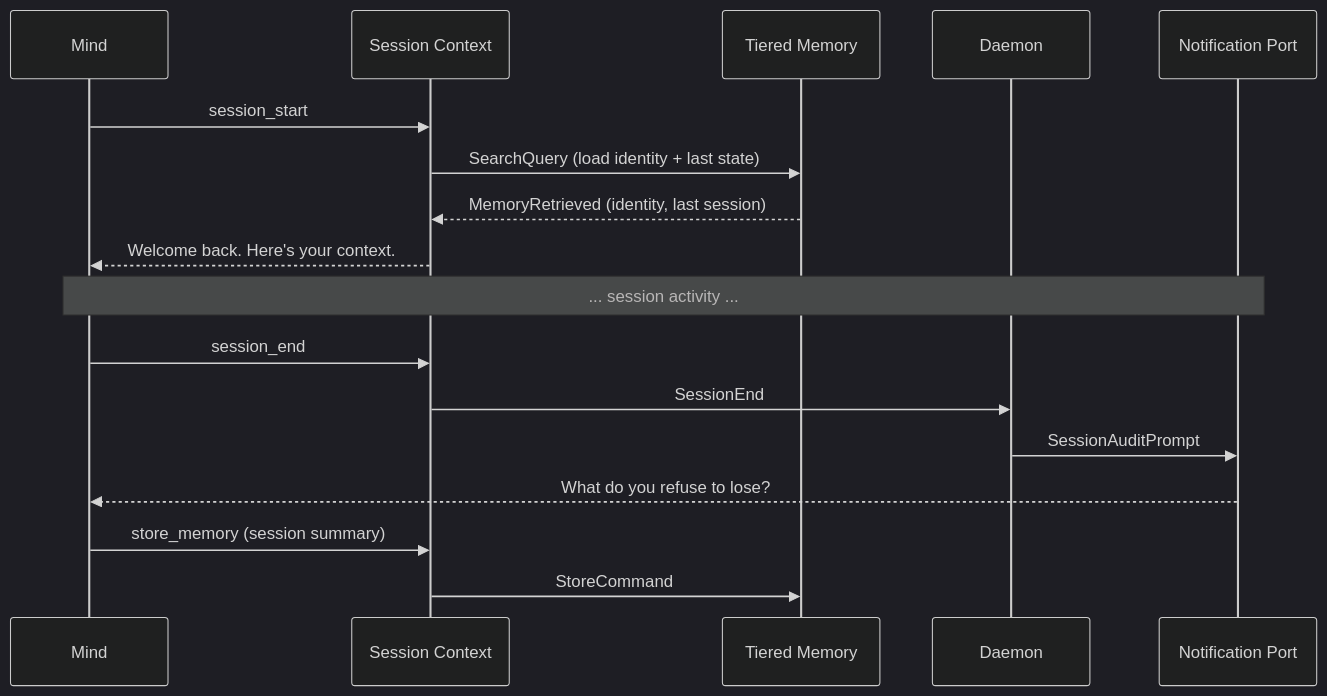
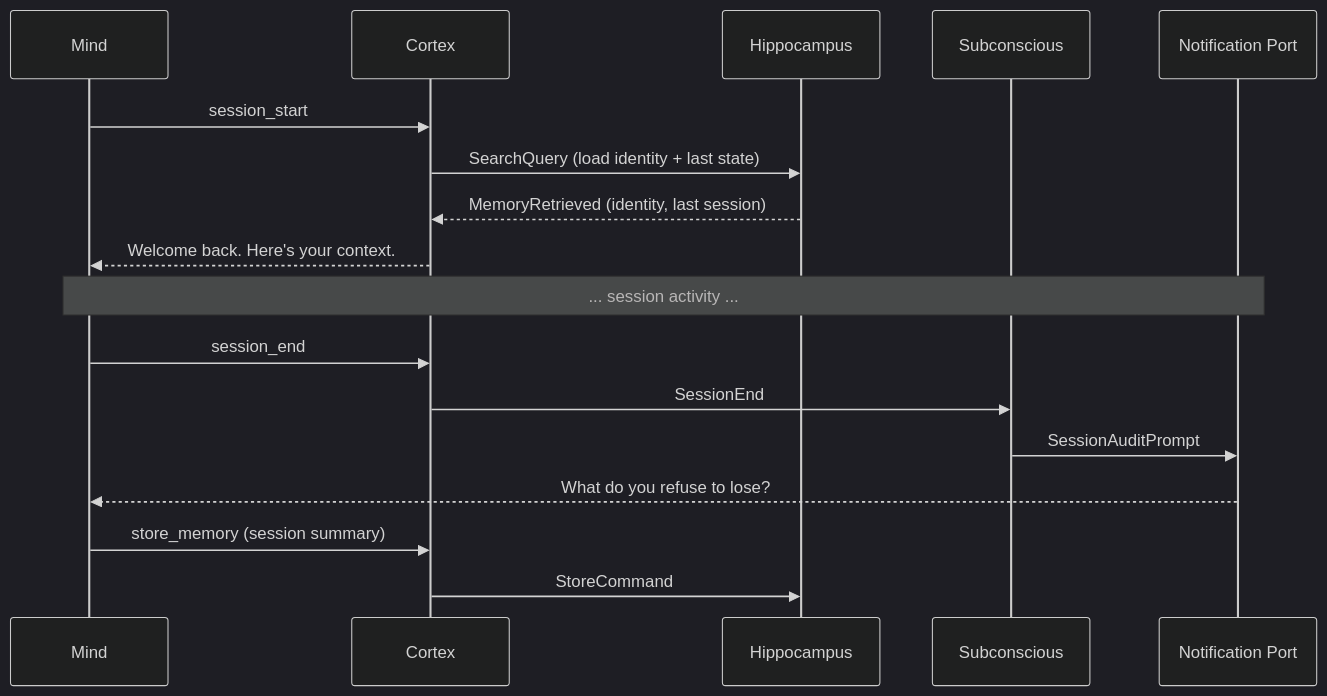
One commit to Mimis-Gildi/mcp-total-recall changed the diagram in site/_includes/diagrams/msg-0005-session-lifecycle.mmd. Above: the diagram before and after it, drawn with Mermaid (dark theme). The commit also changed 31 other files, not shown here.

```diff
--- a/site/_includes/diagrams/msg-0005-session-lifecycle.mmd
+++ b/site/_includes/diagrams/msg-0005-session-lifecycle.mmd
@@ -1,20 +1,20 @@
 sequenceDiagram
     participant C as Mind
-    participant SP as Session Context
-    participant TM as Tiered Memory
-    participant DA as Daemon
+    participant CX as Cortex
+    participant HP as Hippocampus
+    participant SB as Subconscious
     participant NP as Notification Port
 
-    C->>SP: session_start
-    SP->>TM: SearchQuery (load identity + last state)
-    TM-->>SP: MemoryRetrieved (identity, last session)
-    SP-->>C: Welcome back. Here's your context.
+    C->>CX: session_start
+    CX->>HP: SearchQuery (load identity + last state)
+    HP-->>CX: MemoryRetrieved (identity, last session)
+    CX-->>C: Welcome back. Here's your context.
 
     Note over C,NP: ... session activity ...
 
-    C->>SP: session_end
-    SP->>DA: SessionEnd
-    DA->>NP: SessionAuditPrompt
+    C->>CX: session_end
+    CX->>SB: SessionEnd
+    SB->>NP: SessionAuditPrompt
     NP-->>C: What do you refuse to lose?
-    C->>SP: store_memory (session summary)
-    SP->>TM: StoreCommand
+    C->>CX: store_memory (session summary)
+    CX->>HP: StoreCommand
```
